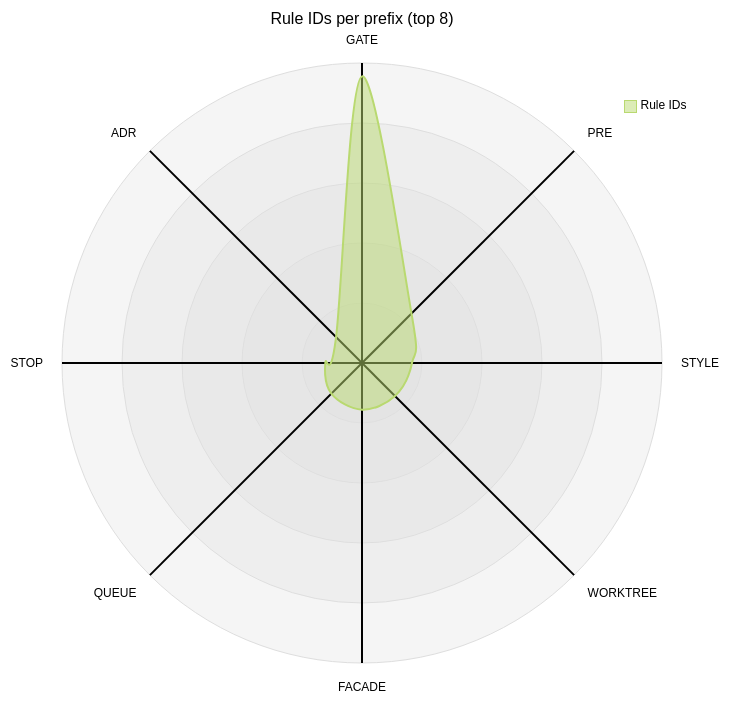
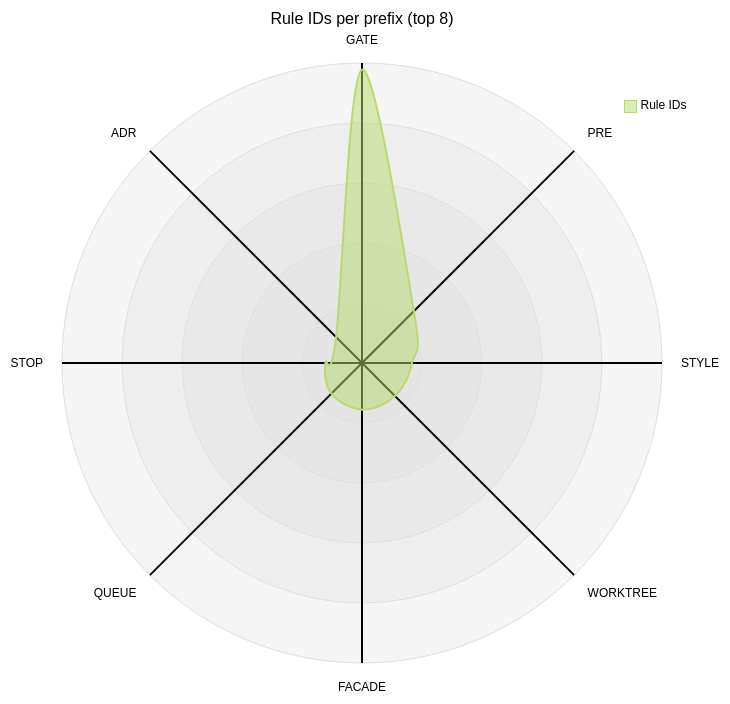
The sixth of 12 diagrams in docs/atlas/13-numbers.md (mfittko/dev-loops), drawn with Mermaid (forest theme) before and after one commit. The commit also changed other lines of this file, not shown here.

````diff
--- a/docs/atlas/13-numbers.md
+++ b/docs/atlas/13-numbers.md
@@ -118,8 +118,8 @@
 ```mermaid
 radar-beta
   title Rule IDs per prefix (top 8)
   axis gate["GATE"], pre["PRE"], style["STYLE"], wt["WORKTREE"], facade["FACADE"], queue["QUEUE"], stop["STOP"], adr["ADR"]
-  curve rules["Rule IDs"]{86, 21, 15, 14, 14, 13, 11, 11}
+  curve rules["Rule IDs"]{88, 22, 15, 14, 14, 13, 11, 11}
   max 90
   min 0
 ```
````
